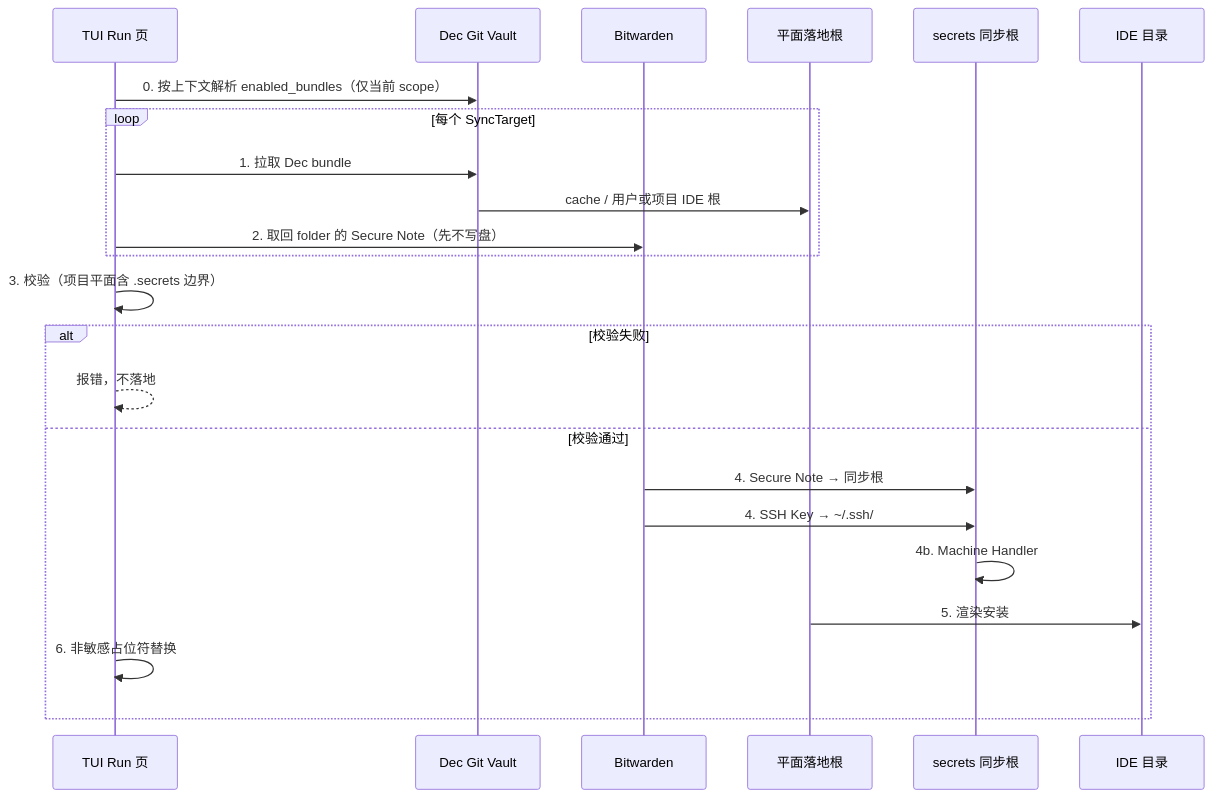
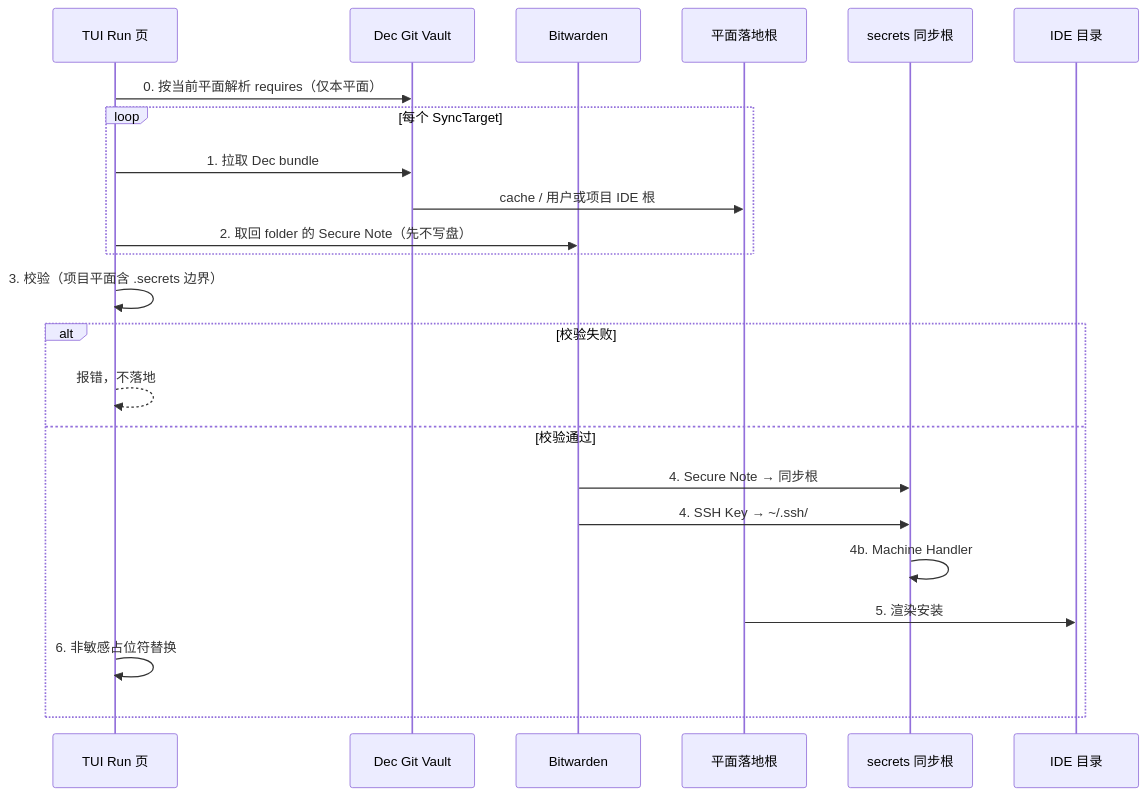
One commit to shichao402/Dec changed the diagram in Documents/BUNDLE-SECRETS-MODEL.md. Above: the diagram before and after it, drawn with Mermaid. The commit also changed other lines of this file and 121 other files, not shown here.

First line of the commit message:
feat: unify requires and thin out dec-mcp

````diff
--- a/Documents/BUNDLE-SECRETS-MODEL.md
+++ b/Documents/BUNDLE-SECRETS-MODEL.md
@@ -252,26 +252,26 @@
 ```mermaid
 sequenceDiagram
   participant TUI as TUI Run 页
   participant Dec as Dec Git Vault
   participant BW as Bitwarden
   participant DecRoot as 平面落地根
   participant Sec as secrets 同步根
   participant IDE as IDE 目录
 
-  TUI->>Dec: 0. 按上下文解析 enabled_bundles（仅当前 scope）
+  TUI->>Dec: 0. 按当前平面解析 requires（仅本平面）
   loop 每个 SyncTarget
     TUI->>Dec: 1. 拉取 Dec bundle
     Dec->>DecRoot: cache / 用户或项目 IDE 根
     TUI->>BW: 2. 取回 folder 的 Secure Note（先不写盘）
   end
   TUI->>TUI: 3. 校验（项目平面含 .secrets 边界）
   alt 校验失败
     TUI-->>TUI: 报错，不落地
   else 校验通过
     BW->>Sec: 4. Secure Note → 同步根
     BW->>Sec: 4. SSH Key → ~/.ssh/
     Sec->>Sec: 4b. Machine Handler
     DecRoot->>IDE: 5. 渲染安装
     TUI->>TUI: 6. 非敏感占位符替换
   end
 ```
````
